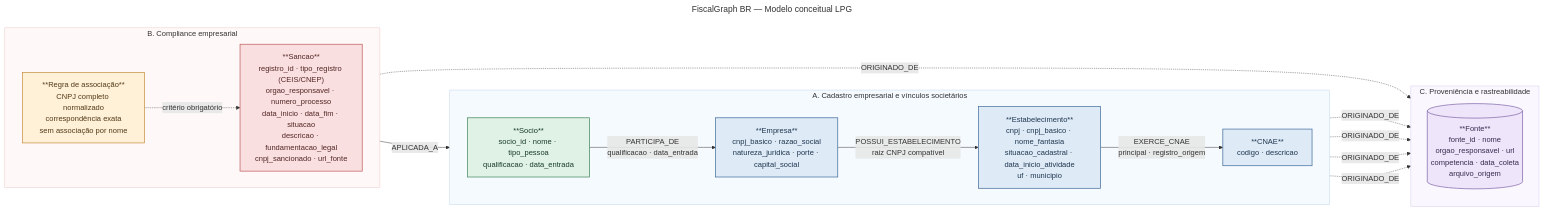
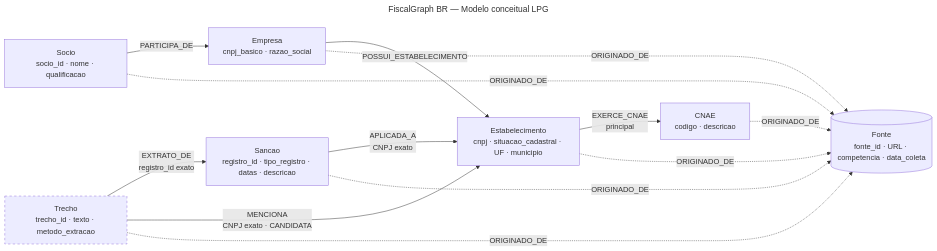
Before and after one commit to Vitorfjs/fiscalgraph-br: the diagram in diagrams/fiscalgraph-br-modelo-conceitual.mmd, drawn with Mermaid. The commit also changed 13 other files, not shown here.

Commit message:
feat(graph): implementa schema e carga LPG no Neo4j

```diff
--- a/diagrams/fiscalgraph-br-modelo-conceitual.mmd
+++ b/diagrams/fiscalgraph-br-modelo-conceitual.mmd
@@ -1,57 +1,21 @@
 ---
 title: FiscalGraph BR — Modelo conceitual LPG
 ---
 flowchart LR
-    %% =====================================================
-    %% Núcleo conceitual do FiscalGraph BR
-    %% Base: CSVs canônicos documentados pelo Dev 2
-    %% =====================================================
+    S["Socio<br/>socio_id · nome · qualificacao"] -->|PARTICIPA_DE| E["Empresa<br/>cnpj_basico · razao_social"]
+    E -->|POSSUI_ESTABELECIMENTO| EST["Estabelecimento<br/>cnpj · situacao_cadastral · UF · municipio"]
+    EST -->|EXERCE_CNAE<br/>principal| C["CNAE<br/>codigo · descricao"]
+    SAN["Sancao<br/>registro_id · tipo_registro · datas · descricao"] -->|APLICADA_A<br/>CNPJ exato| EST
 
-    subgraph CAD["A. Cadastro empresarial e vínculos societários"]
-        direction LR
-        S["**Socio**<br/>socio_id · nome · tipo_pessoa<br/>qualificacao · data_entrada"]
-        E["**Empresa**<br/>cnpj_basico · razao_social<br/>natureza_juridica · porte · capital_social"]
-        EST["**Estabelecimento**<br/>cnpj · cnpj_basico · nome_fantasia<br/>situacao_cadastral · data_inicio_atividade<br/>uf · municipio"]
-        C["**CNAE**<br/>codigo · descricao"]
+    T["Trecho<br/>trecho_id · texto · metodo_extracao"] -->|EXTRATO_DE<br/>registro_id exato| SAN
+    T -->|MENCIONA<br/>CNPJ exato · CANDIDATA| EST
 
-        S -->|PARTICIPA_DE<br/>qualificacao · data_entrada| E
-        E -->|POSSUI_ESTABELECIMENTO<br/>raiz CNPJ compatível| EST
-        EST -->|EXERCE_CNAE<br/>principal · registro_origem| C
-    end
-
-    subgraph COMP["B. Compliance empresarial"]
-        direction LR
-        SAN["**Sancao**<br/>registro_id · tipo_registro (CEIS/CNEP)<br/>orgao_responsavel · numero_processo<br/>data_inicio · data_fim · situacao<br/>descricao · fundamentacao_legal<br/>cnpj_sancionado · url_fonte"]
-        REGRA["**Regra de associação**<br/>CNPJ completo normalizado<br/>correspondência exata<br/>sem associação por nome"]
-        SAN -->|APLICADA_A| EST
-        REGRA -.->|critério obrigatório| SAN
-    end
-
-    subgraph PROV["C. Proveniência e rastreabilidade"]
-        direction TB
-        F[("**Fonte**<br/>fonte_id · nome<br/>orgao_responsavel · url<br/>competencia · data_coleta<br/>arquivo_origem")]
-    end
-
-    %% Proveniência: cada tipo de registro mantém a fonte indicada por fonte_id.
-    E -.->|ORIGINADO_DE| F
+    E -.->|ORIGINADO_DE| F[("Fonte<br/>fonte_id · URL · competencia · data_coleta")]
     EST -.->|ORIGINADO_DE| F
     S -.->|ORIGINADO_DE| F
     C -.->|ORIGINADO_DE| F
     SAN -.->|ORIGINADO_DE| F
+    T -.->|ORIGINADO_DE| F
 
-    %% Estilos
-    classDef pessoa fill:#e0f2e6,stroke:#43845b,color:#183b28,stroke-width:1.5px;
-    classDef cadastro fill:#deebf7,stroke:#416b9a,color:#20364f,stroke-width:1.5px;
-    classDef compliance fill:#f9dfdf,stroke:#bd5b5b,color:#542626,stroke-width:1.5px;
-    classDef fonte fill:#eee5fa,stroke:#8066a8,color:#382b50,stroke-width:1.5px;
-    classDef regra fill:#fff0d8,stroke:#bd8127,color:#523a16,stroke-width:1.3px;
-
-    class S pessoa;
-    class E,EST,C cadastro;
-    class SAN compliance;
-    class F fonte;
-    class REGRA regra;
-
-    style CAD fill:#f5faff,stroke:#c8dced,stroke-width:1.2px
-    style COMP fill:#fff8f8,stroke:#eed0d0,stroke-width:1.2px
-    style PROV fill:#faf7ff,stroke:#ded2ef,stroke-width:1.2px
+    classDef candidate stroke-dasharray: 5 5;
+    class T candidate;
```
